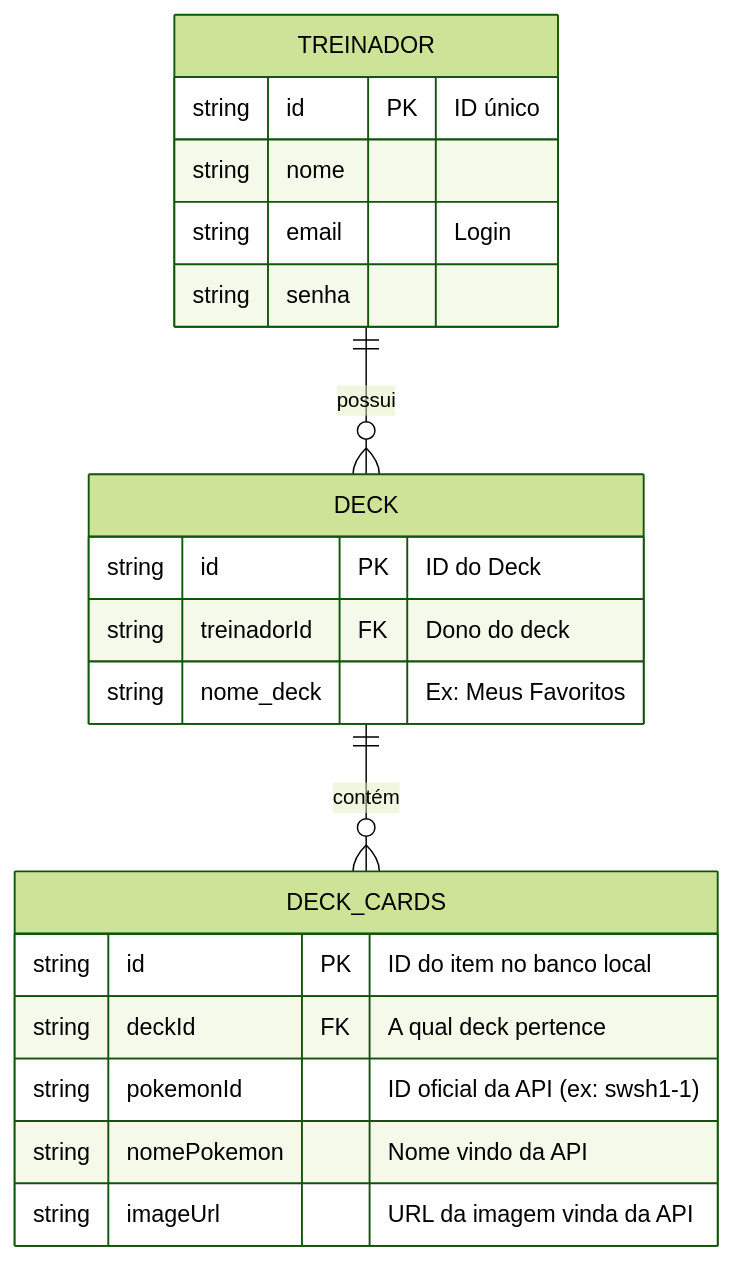
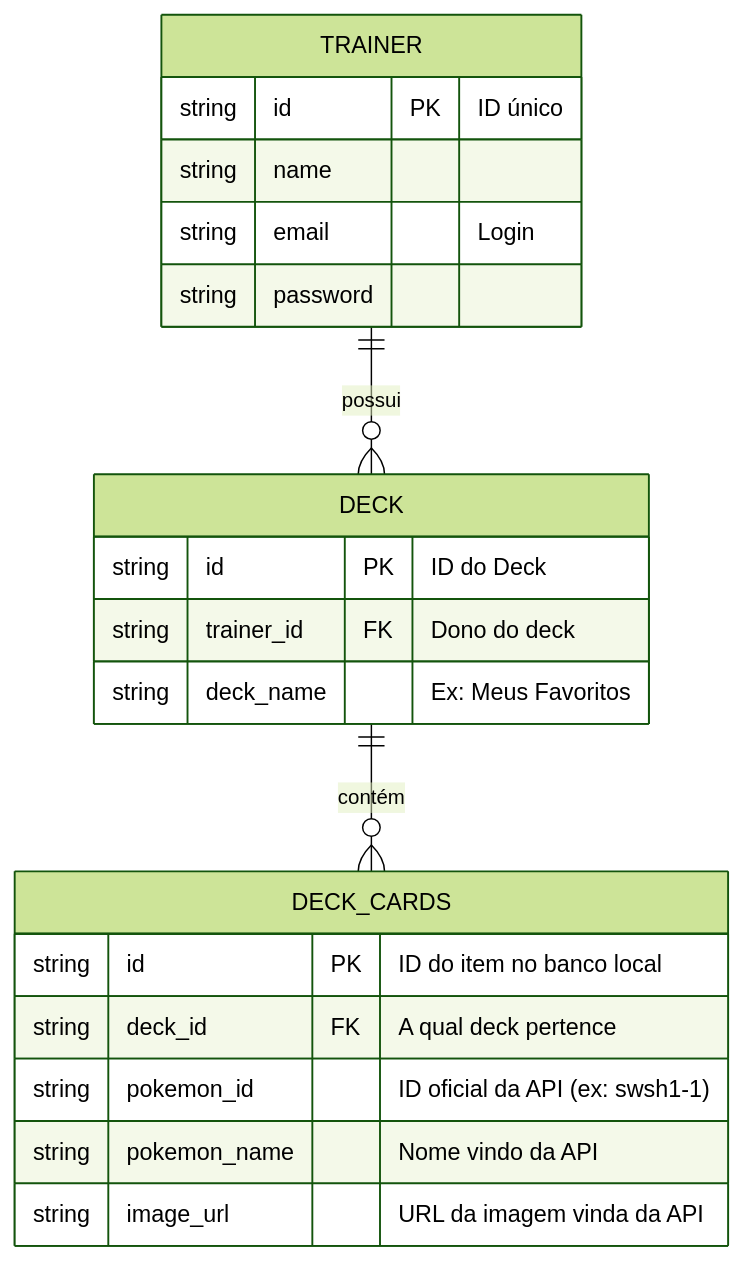
The diagram in docs/spec.md (emanuellilatczuk/pokemon-tcg), drawn with Mermaid (forest theme) before and after one commit. The commit also changed other lines of this file, not shown here.

````diff
--- a/docs/spec.md
+++ b/docs/spec.md
@@ -9,26 +9,26 @@
 ```mermaid
 erDiagram
-    TREINADOR ||--o{ DECK : "possui"
+    TRAINER ||--o{ DECK : "possui"
     DECK ||--o{ DECK_CARDS : "contém"
     
-    TREINADOR {
+    TRAINER {
         string id PK "ID único"
-        string nome
+        string name
         string email "Login"
-        string senha
+        string password
     }
 
     DECK {
         string id PK "ID do Deck"
-        string treinadorId FK "Dono do deck"
-        string nome_deck "Ex: Meus Favoritos"
+        string trainer_id FK "Dono do deck"
+        string deck_name "Ex: Meus Favoritos"
     }
 
     DECK_CARDS {
         string id PK "ID do item no banco local"
-        string deckId FK "A qual deck pertence"
-        string pokemonId "ID oficial da API (ex: swsh1-1)"
-        string nomePokemon "Nome vindo da API"
-        string imageUrl "URL da imagem vinda da API"
+        string deck_id FK "A qual deck pertence"
+        string pokemon_id "ID oficial da API (ex: swsh1-1)"
+        string pokemon_name "Nome vindo da API"
+        string image_url "URL da imagem vinda da API"
     }
 ```
````
